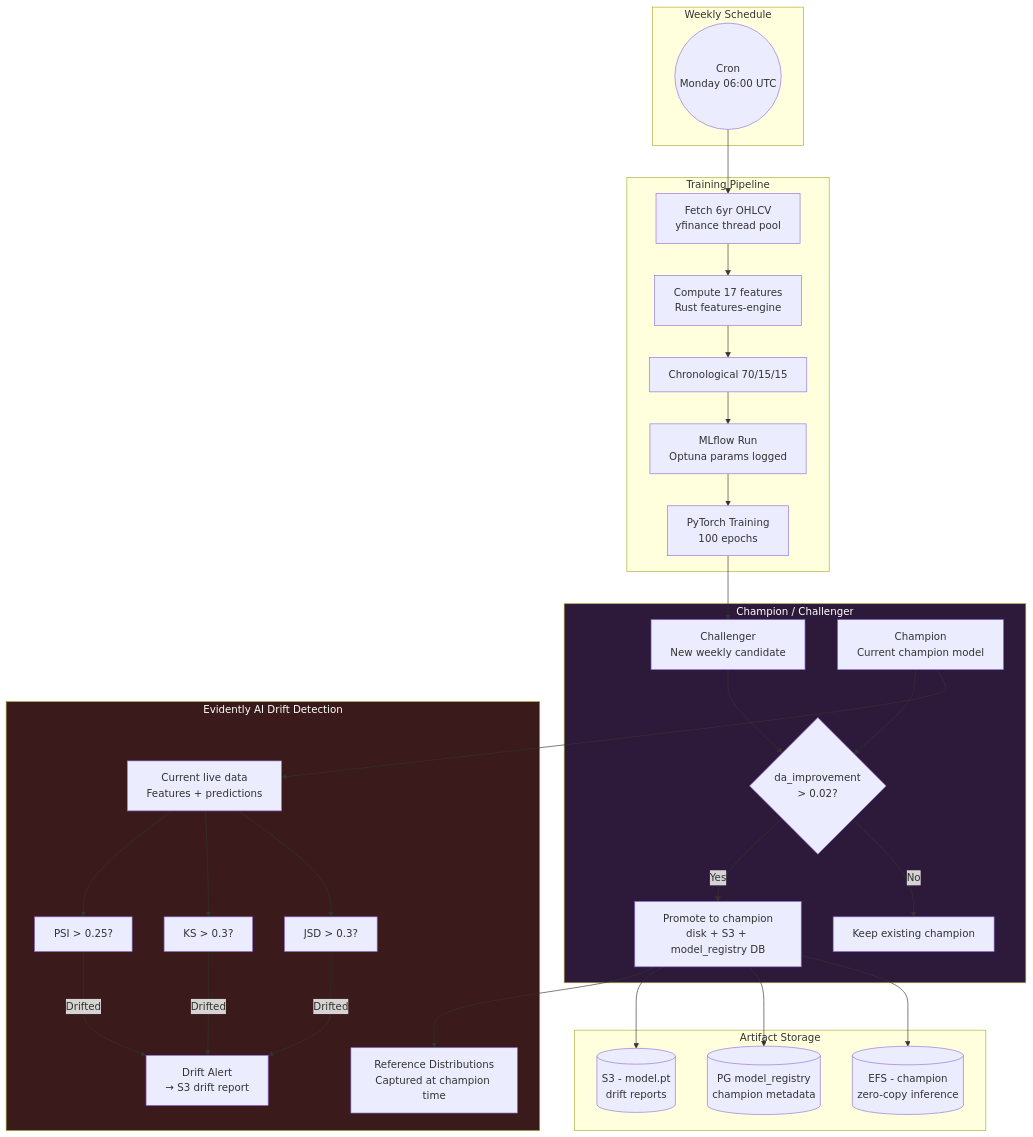
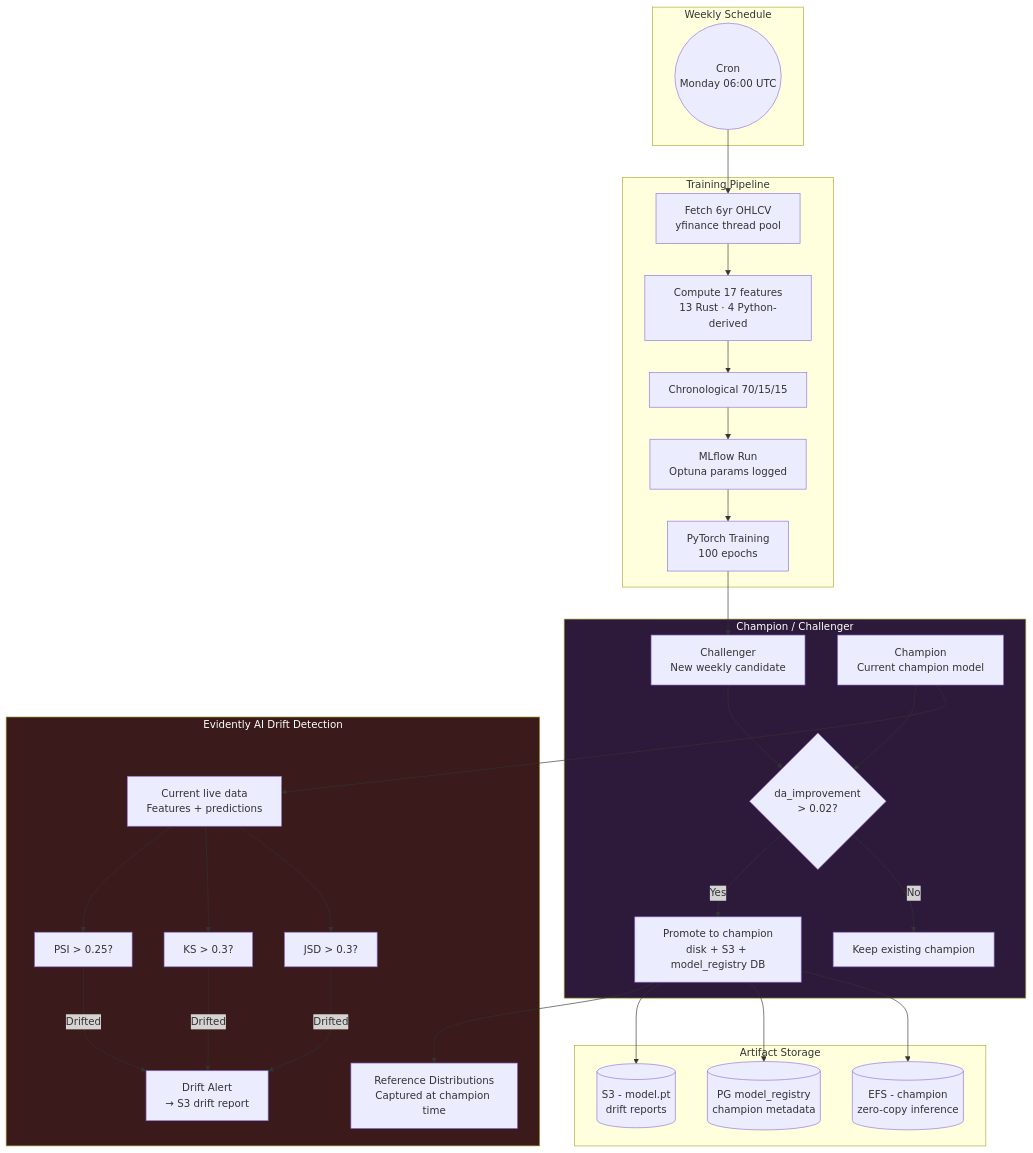
The seventh of 10 diagrams in docs/deep-dives.md (AhmedIkram05/stocklens), drawn with Mermaid before and after one commit. The commit also changed other lines of this file and 4 other files, not shown here.

````diff
--- a/docs/deep-dives.md
+++ b/docs/deep-dives.md
@@ -574,67 +574,67 @@
 ```mermaid
 flowchart TB
     subgraph Weekly["Weekly Schedule"]
         START((Cron<br/>Monday 06:00 UTC))
     end
 
     subgraph Training["Training Pipeline"]
         FETCH[Fetch 6yr OHLCV<br/>yfinance thread pool]
-        COMP[Compute 17 features<br/>Rust features-engine]
+        COMP[Compute 17 features<br/>13 Rust · 4 Python-derived]
         SPLIT[Chronological 70/15/15]
         MLFLOW[MLflow Run<br/>Optuna params logged]
         TRAINPT[PyTorch Training<br/>100 epochs]
     end
 
     subgraph Eval["Champion / Challenger"]
         CHAL[Challenger<br/>New weekly candidate]
         CHAMP[Champion<br/>Current champion model]
         COMPARE{da_improvement<br/>> 0.02?}
         PROMOTE[Promote to champion<br/>disk + S3 + model_registry DB]
         SKIP[Keep existing champion]
     end
 
     subgraph Drift["Evidently AI Drift Detection"]
         REF[Reference Distributions<br/>Captured at champion time]
         CURRENT[Current live data<br/>Features + predictions]
         PSI[PSI > 0.25?]
         KS[KS > 0.3?]
         JS[JSD > 0.3?]
         ALERT[Drift Alert<br/>→ S3 drift report]
     end
 
     subgraph Storage["Artifact Storage"]
         S3[(S3 - model.pt<br/>drift reports)]
         DB[(PG model_registry<br/>champion metadata)]
         DISK[(EFS - champion<br/>zero-copy inference)]
     end
 
     START --> FETCH
     FETCH --> COMP
     COMP --> SPLIT
     SPLIT --> MLFLOW
     MLFLOW --> TRAINPT
 
     TRAINPT --> CHAL
     COMPARE -->|Yes| PROMOTE
     COMPARE -->|No| SKIP
 
     CHAL --> COMPARE
     CHAMP --> COMPARE
 
     PROMOTE --> REF
     CHAMP --> CURRENT
 
     CURRENT --> PSI
     CURRENT --> KS
     CURRENT --> JS
     PSI -->|Drifted| ALERT
     KS -->|Drifted| ALERT
     JS -->|Drifted| ALERT
 
     PROMOTE --> S3
     PROMOTE --> DB
     PROMOTE --> DISK
 
     style Eval fill:#2d1a3a,color:#fff
     style Drift fill:#3a1a1a,color:#fff
 ```
````
